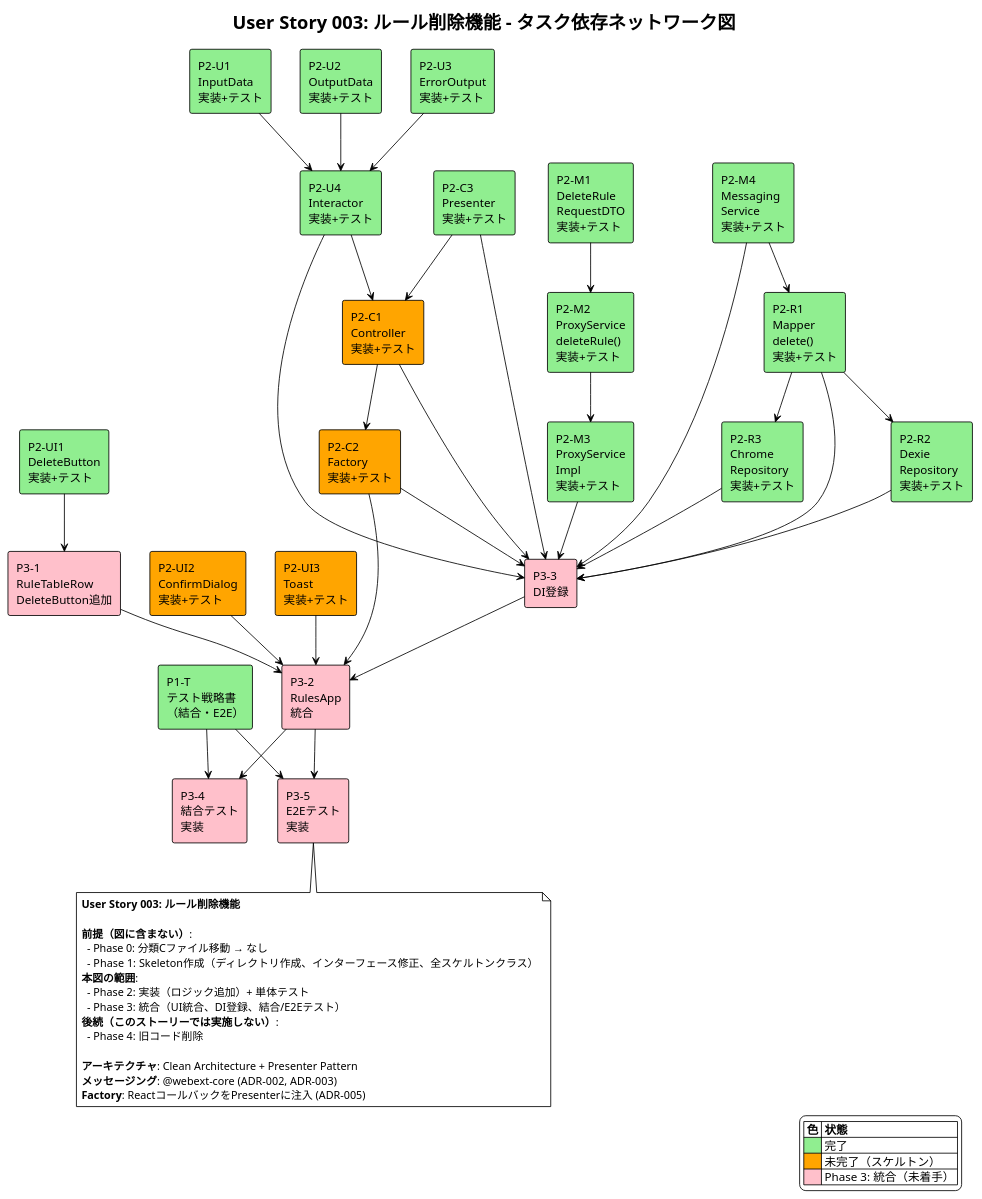
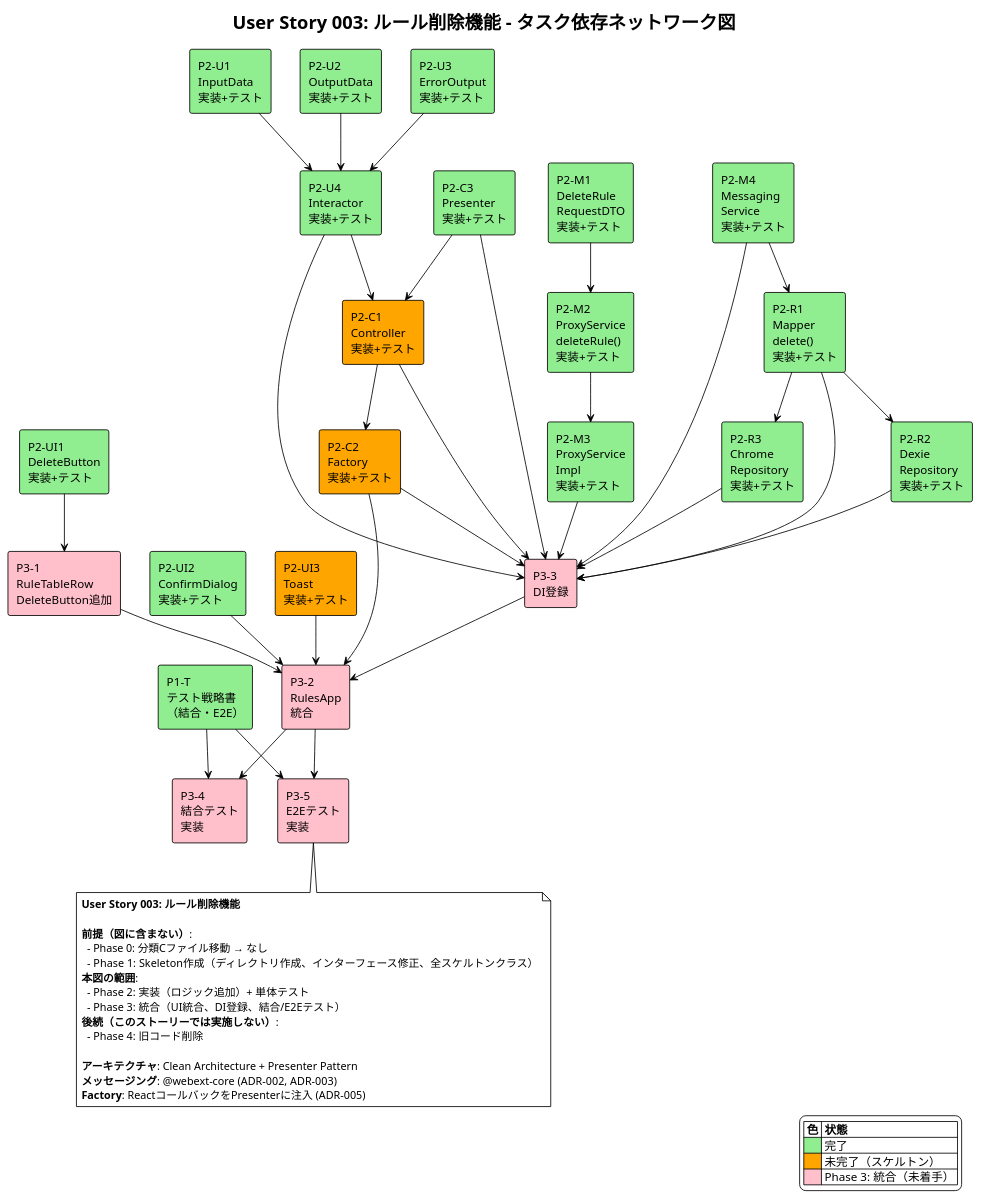
Before and after one commit to akAredminEogre/frog-frame-front: the diagram in docs/user-stories/user-story-003/network-diagram.puml, drawn with PlantUML. The commit also changed 1 other file, not shown here.

Commit message:
docs: mark ConfirmDialog (P2-UI2) as complete in user-story-003
Tests and implementation merged from develop branch.

```diff
--- a/docs/user-stories/user-story-003/network-diagram.puml
+++ b/docs/user-stories/user-story-003/network-diagram.puml
@@ -1,103 +1,103 @@
 @startuml user-story-003-network-diagram
 !theme plain
 title User Story 003: ルール削除機能 - タスク依存ネットワーク図
 
 ' Phase 1: テスト戦略書
 rectangle "P1-T\nテスト戦略書\n（結合・E2E）" as testStrategy #lightgreen
 
 ' Phase 2: 実装 - メッセージング
 rectangle "P2-M1\nDeleteRule\nRequestDTO\n実装+テスト" as requestDtoImpl #lightgreen
 rectangle "P2-M2\nProxyService\ndeleteRule()\n実装+テスト" as proxyImpl #lightgreen
 rectangle "P2-M3\nProxyService\nImpl\n実装+テスト" as proxyImplImpl #lightgreen
 rectangle "P2-M4\nMessaging\nService\n実装+テスト" as msgImpl #lightgreen
 
 ' Phase 2: 実装 - Mapper/Repository
 rectangle "P2-R1\nMapper\ndelete()\n実装+テスト" as mapperImpl #lightgreen
 rectangle "P2-R2\nDexie\nRepository\n実装+テスト" as dexieImpl #lightgreen
 rectangle "P2-R3\nChrome\nRepository\n実装+テスト" as chromeImpl #lightgreen
 
 ' Phase 2: 実装 - UseCase
 rectangle "P2-U1\nInputData\n実装+テスト" as inputImpl #lightgreen
 rectangle "P2-U2\nOutputData\n実装+テスト" as outputImpl #lightgreen
 rectangle "P2-U3\nErrorOutput\n実装+テスト" as errorImpl #lightgreen
 rectangle "P2-U4\nInteractor\n実装+テスト" as interactorImpl #lightgreen
 
 ' Phase 2: 実装 - Controller/Presenter
 rectangle "P2-C1\nController\n実装+テスト" as controllerImpl #orange
 rectangle "P2-C2\nFactory\n実装+テスト" as factoryImpl #orange
 rectangle "P2-C3\nPresenter\n実装+テスト" as presenterImpl #lightgreen
 
 ' Phase 2: 実装 - UI
 rectangle "P2-UI1\nDeleteButton\n実装+テスト" as deleteBtnImpl #lightgreen
-rectangle "P2-UI2\nConfirmDialog\n実装+テスト" as confirmImpl #orange
+rectangle "P2-UI2\nConfirmDialog\n実装+テスト" as confirmImpl #lightgreen
 rectangle "P2-UI3\nToast\n実装+テスト" as toastImpl #orange
 
 ' Phase 3: 統合
 rectangle "P3-1\nRuleTableRow\nDeleteButton追加" as tableRowInteg #pink
 rectangle "P3-2\nRulesApp\n統合" as rulesAppInteg #pink
 rectangle "P3-3\nDI登録" as diReg #pink
 rectangle "P3-4\n結合テスト\n実装" as integrationTest #pink
 rectangle "P3-5\nE2Eテスト\n実装" as e2eTest #pink
 
 ' 依存関係: Phase 2 内部
 requestDtoImpl --> proxyImpl
 proxyImpl --> proxyImplImpl
 msgImpl --> mapperImpl
 mapperImpl --> dexieImpl
 mapperImpl --> chromeImpl
 inputImpl --> interactorImpl
 outputImpl --> interactorImpl
 errorImpl --> interactorImpl
 interactorImpl --> controllerImpl
 presenterImpl --> controllerImpl
 controllerImpl --> factoryImpl
 
 ' 依存関係: Phase 2 → Phase 3
 deleteBtnImpl --> tableRowInteg
 tableRowInteg --> rulesAppInteg
 confirmImpl --> rulesAppInteg
 toastImpl --> rulesAppInteg
 factoryImpl --> rulesAppInteg
 controllerImpl --> diReg
 presenterImpl --> diReg
 factoryImpl --> diReg
 interactorImpl --> diReg
 proxyImplImpl --> diReg
 msgImpl --> diReg
 mapperImpl --> diReg
 dexieImpl --> diReg
 chromeImpl --> diReg
 diReg --> rulesAppInteg
 
 ' 依存関係: テスト
 testStrategy --> integrationTest
 testStrategy --> e2eTest
 rulesAppInteg --> integrationTest
 rulesAppInteg --> e2eTest
 
 ' 凡例
 legend right
   |= 色 |= 状態 |
   | <#lightgreen> | 完了 |
   | <#orange> | 未完了（スケルトン） |
   | <#pink> | Phase 3: 統合（未着手） |
 endlegend
 
 note bottom
 **User Story 003: ルール削除機能**
 
 **前提（図に含まない）**:
   - Phase 0: 分類Cファイル移動 → なし
   - Phase 1: Skeleton作成（ディレクトリ作成、インターフェース修正、全スケルトンクラス）
 **本図の範囲**:
   - Phase 2: 実装（ロジック追加）+ 単体テスト
   - Phase 3: 統合（UI統合、DI登録、結合/E2Eテスト）
 **後続（このストーリーでは実施しない）**:
   - Phase 4: 旧コード削除
 
 **アーキテクチャ**: Clean Architecture + Presenter Pattern
 **メッセージング**: @webext-core (ADR-002, ADR-003)
 **Factory**: ReactコールバックをPresenterに注入 (ADR-005)
 end note
 
 @enduml
```
